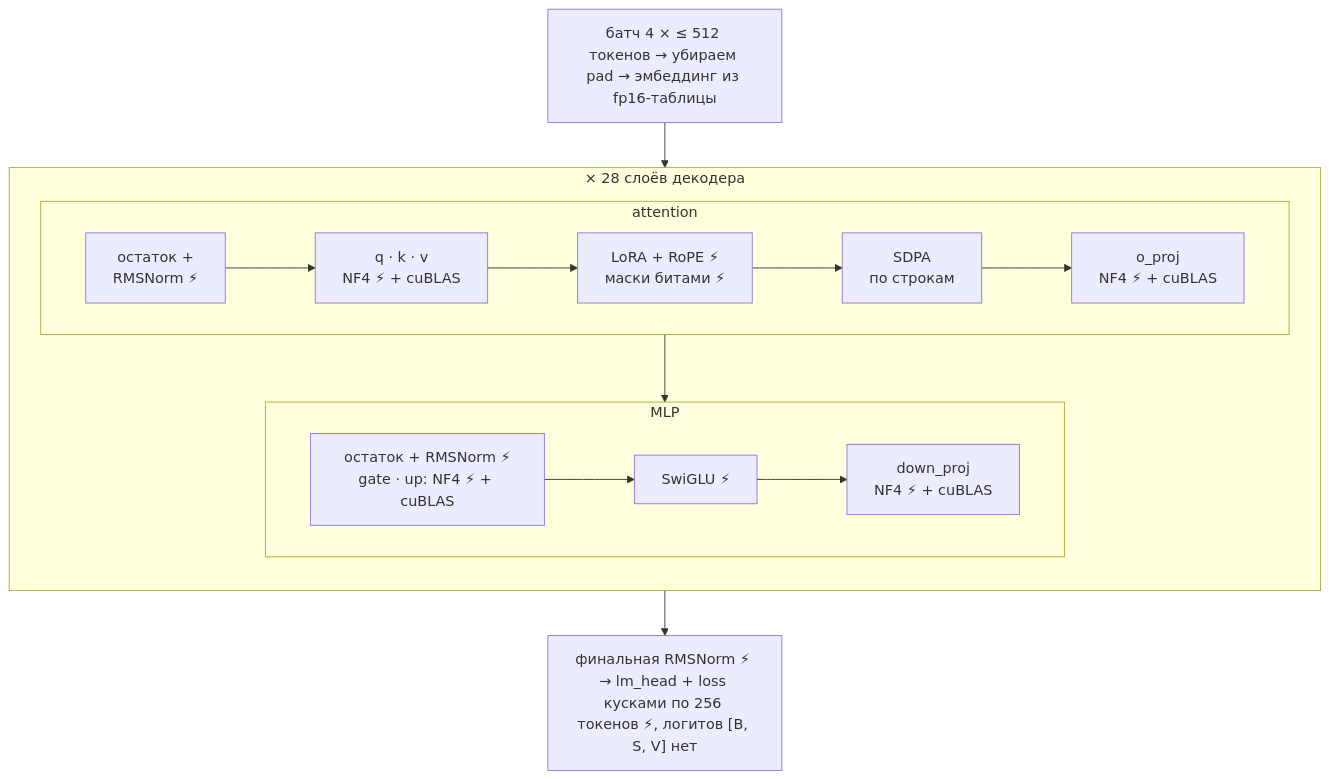
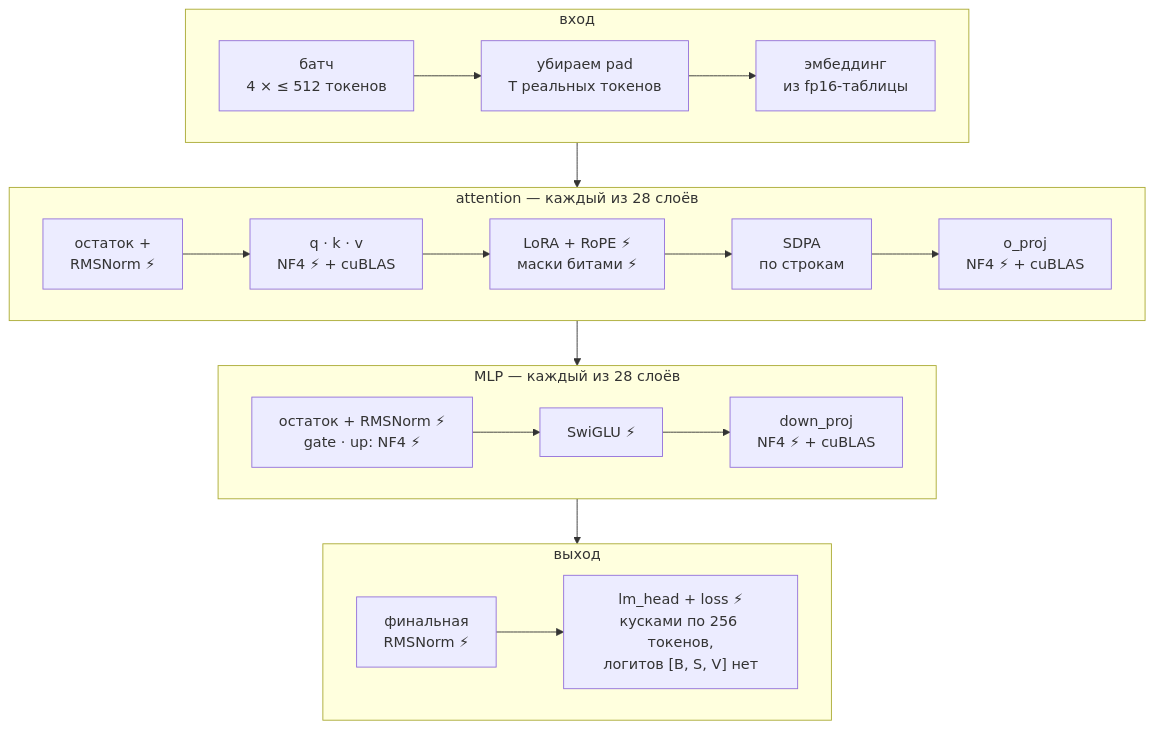
Before and after one commit to Raul12-bit/decentrahon6.0: the first of 2 diagrams in README.md, drawn with Mermaid.

Commit message:
README: diagram as four rows linked group to group

````diff
--- a/README.md
+++ b/README.md
@@ -79,17 +79,20 @@
 ```mermaid
 flowchart TB
-    IN["батч 4 × ≤ 512 токенов → убираем pad → эмбеддинг из fp16-таблицы"] --> ATT
-    subgraph LAYER["× 28 слоёв декодера"]
-        direction TB
-        subgraph ATT["attention"]
-            direction LR
-            N1["остаток +<br/>RMSNorm ⚡"] --> QKV["q · k · v<br/>NF4 ⚡ + cuBLAS"] --> R["LoRA + RoPE ⚡<br/>маски битами ⚡"] --> S["SDPA<br/>по строкам"] --> O["o_proj<br/>NF4 ⚡ + cuBLAS"]
-        end
-        subgraph MLP["MLP"]
-            direction LR
-            M["остаток + RMSNorm ⚡<br/>gate · up: NF4 ⚡ + cuBLAS"] --> SW["SwiGLU ⚡"] --> D["down_proj<br/>NF4 ⚡ + cuBLAS"]
-        end
-        ATT --> MLP
+    subgraph IN_G["вход"]
+        direction LR
+        A["батч<br/>4 × ≤ 512 токенов"] --> B["убираем pad<br/>T реальных токенов"] --> C["эмбеддинг<br/>из fp16-таблицы"]
     end
-    MLP --> OUT["финальная RMSNorm ⚡ → lm_head + loss кусками по 256 токенов ⚡, логитов [B, S, V] нет"]
+    subgraph ATT["attention — каждый из 28 слоёв"]
+        direction LR
+        N1["остаток +<br/>RMSNorm ⚡"] --> QKV["q · k · v<br/>NF4 ⚡ + cuBLAS"] --> R["LoRA + RoPE ⚡<br/>маски битами ⚡"] --> S["SDPA<br/>по строкам"] --> O["o_proj<br/>NF4 ⚡ + cuBLAS"]
+    end
+    subgraph MLP_G["MLP — каждый из 28 слоёв"]
+        direction LR
+        M["остаток + RMSNorm ⚡<br/>gate · up: NF4 ⚡"] --> SW["SwiGLU ⚡"] --> D["down_proj<br/>NF4 ⚡ + cuBLAS"]
+    end
+    subgraph OUT_G["выход"]
+        direction LR
+        F["финальная<br/>RMSNorm ⚡"] --> CE["lm_head + loss ⚡<br/>кусками по 256 токенов,<br/>логитов [B, S, V] нет"]
+    end
+    IN_G --> ATT --> MLP_G --> OUT_G
 ```
````
